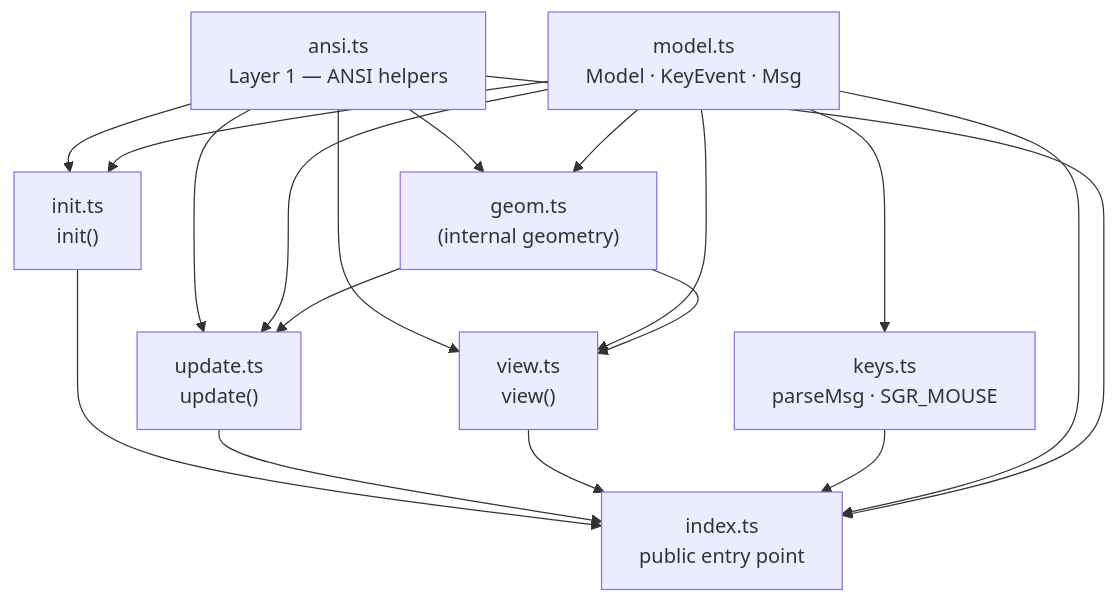
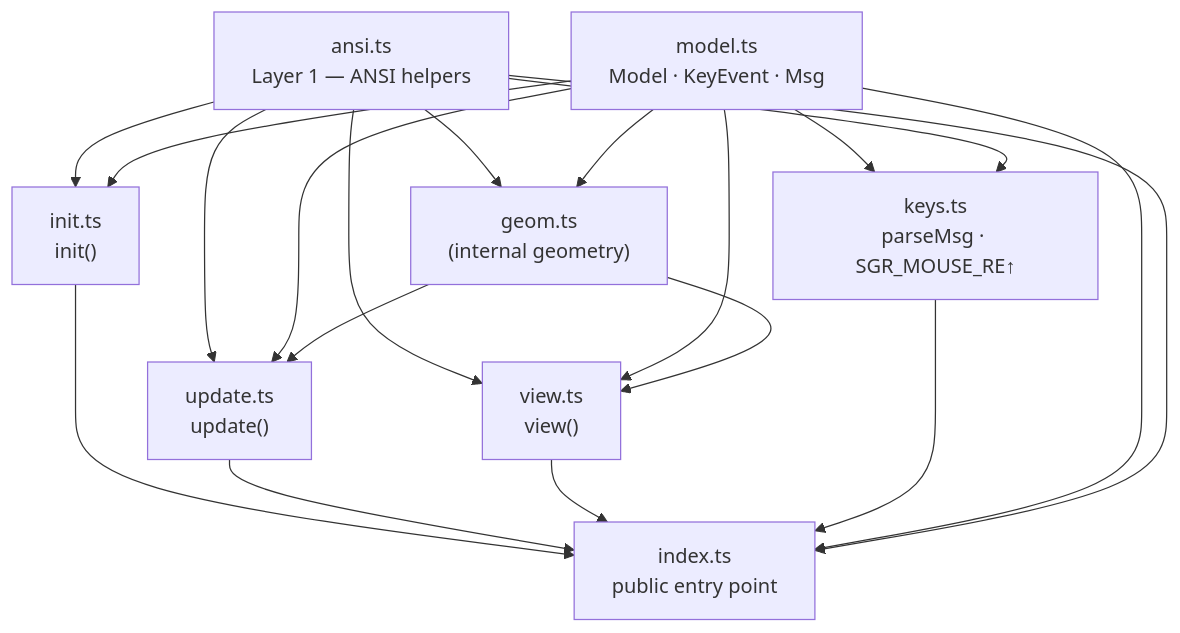
Before and after one commit to btwiuse/login-tui: the diagram in app/README.md, drawn with Mermaid. The commit also changed other lines of this file and 7 other files, not shown here.

First line of the commit message:
refactor: rename SGR_MOUSE→RE, move to ansi.ts, hide ENABLE behind view option, unify xterm onData

````diff
--- a/app/README.md
+++ b/app/README.md
@@ -55,30 +55,31 @@
 ```mermaid
 graph TD
     ansi["ansi.ts\nLayer 1 — ANSI helpers"]
     model["model.ts\nModel · KeyEvent · Msg"]
     geom["geom.ts\n(internal geometry)"]
     init_["init.ts\ninit()"]
     update_["update.ts\nupdate()"]
     view_["view.ts\nview()"]
-    keys["keys.ts\nparseMsg · SGR_MOUSE"]
+    keys["keys.ts\nparseMsg · SGR_MOUSE_RE↑"]
     idx["index.ts\npublic entry point"]
 
     ansi --> geom
     model --> geom
     ansi --> init_
     model --> init_
     ansi --> update_
     model --> update_
     geom --> update_
     ansi --> view_
     model --> view_
     geom --> view_
     model --> keys
+    ansi --> keys
 
     init_   --> idx
     update_ --> idx
     view_   --> idx
     keys    --> idx
     model   --> idx
     ansi    --> idx
 ```
````
